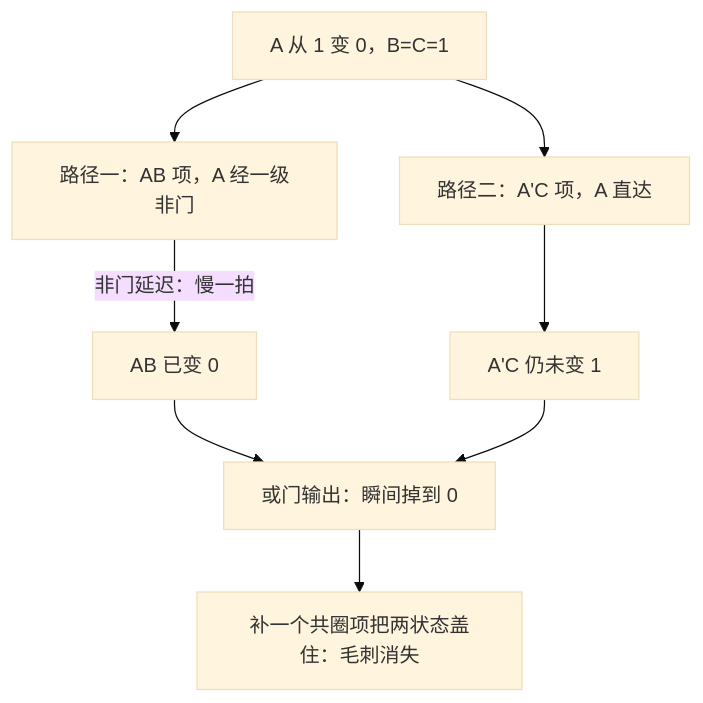
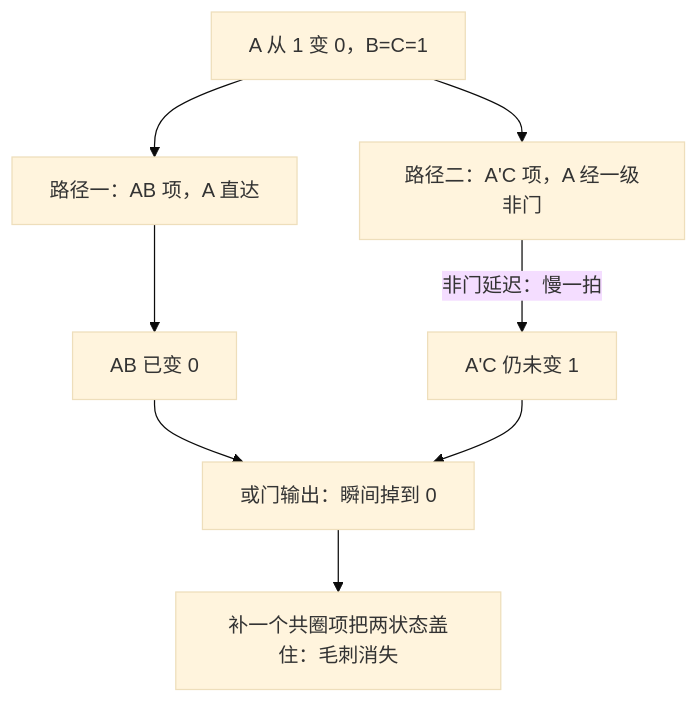
Before and after one commit to xhongduo-tech/xhongduo-tech.github.io: the second of 2 diagrams in docs/cs/dont-care-hazard.md, drawn with Mermaid (base theme). The commit also changed other lines of this file and 7 other files, not shown here.

Commit message:
Content review cs-231: the Karnaugh group's minterms match C-prime with edges differing in A, the inclusion-exclusion count is two-to-the-n minus one, and ten stale next-lesson pointers across the discrete unit match the current sequence.

````diff
--- a/docs/cs/dont-care-hazard.md
+++ b/docs/cs/dont-care-hazard.md
@@ -44,10 +44,10 @@
 ```mermaid
 flowchart TD
-  IN["A 从 1 变 0，B=C=1"] --> P1["路径一：AB 项，A 经一级非门"]
-  IN --> P2["路径二：A'C 项，A 直达"]
-  P1 -->|"非门延迟：慢一拍"| AND1["AB 已变 0"]
-  P2 --> AND2["A'C 仍未变 1"]
+  IN["A 从 1 变 0，B=C=1"] --> P1["路径一：AB 项，A 直达"]
+  IN --> P2["路径二：A'C 项，A 经一级非门"]
+  P1 --> AND1["AB 已变 0"]
+  P2 -->|"非门延迟：慢一拍"| AND2["A'C 仍未变 1"]
   AND1 --> OR["或门输出：瞬间掉到 0"]
   AND2 --> OR
   OR --> FIX["补一个共圈项把两状态盖住：毛刺消失"]
 ```
````
